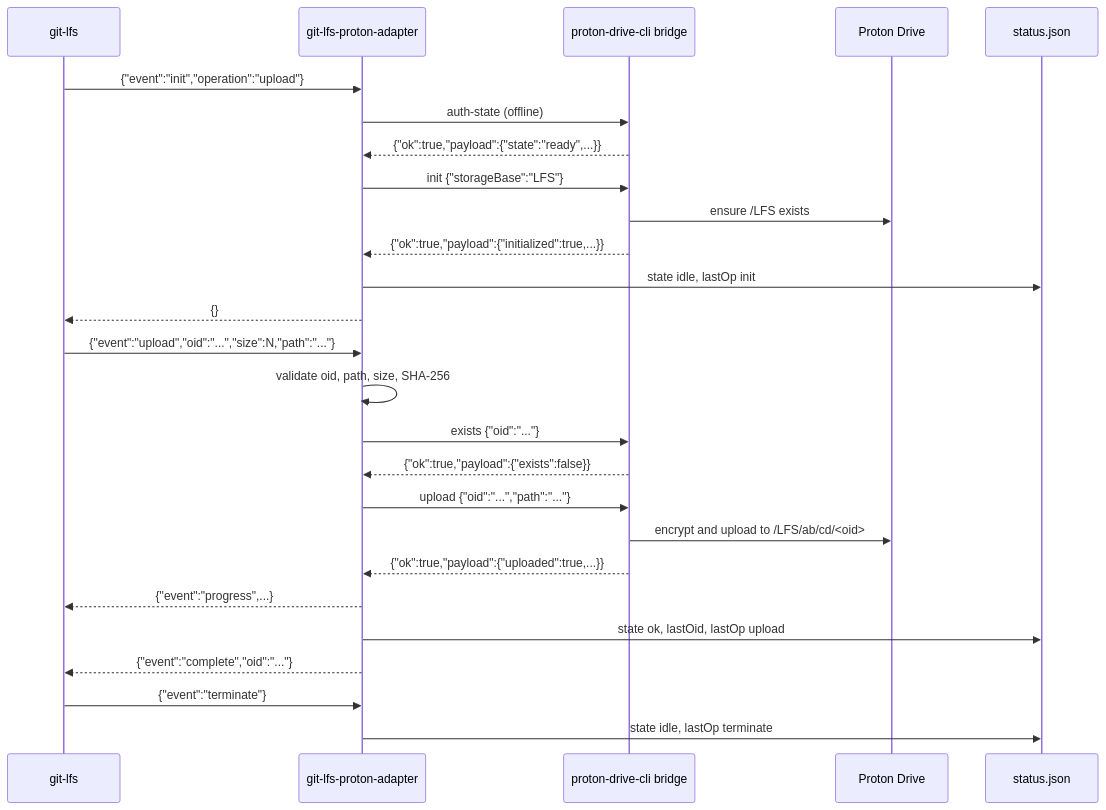
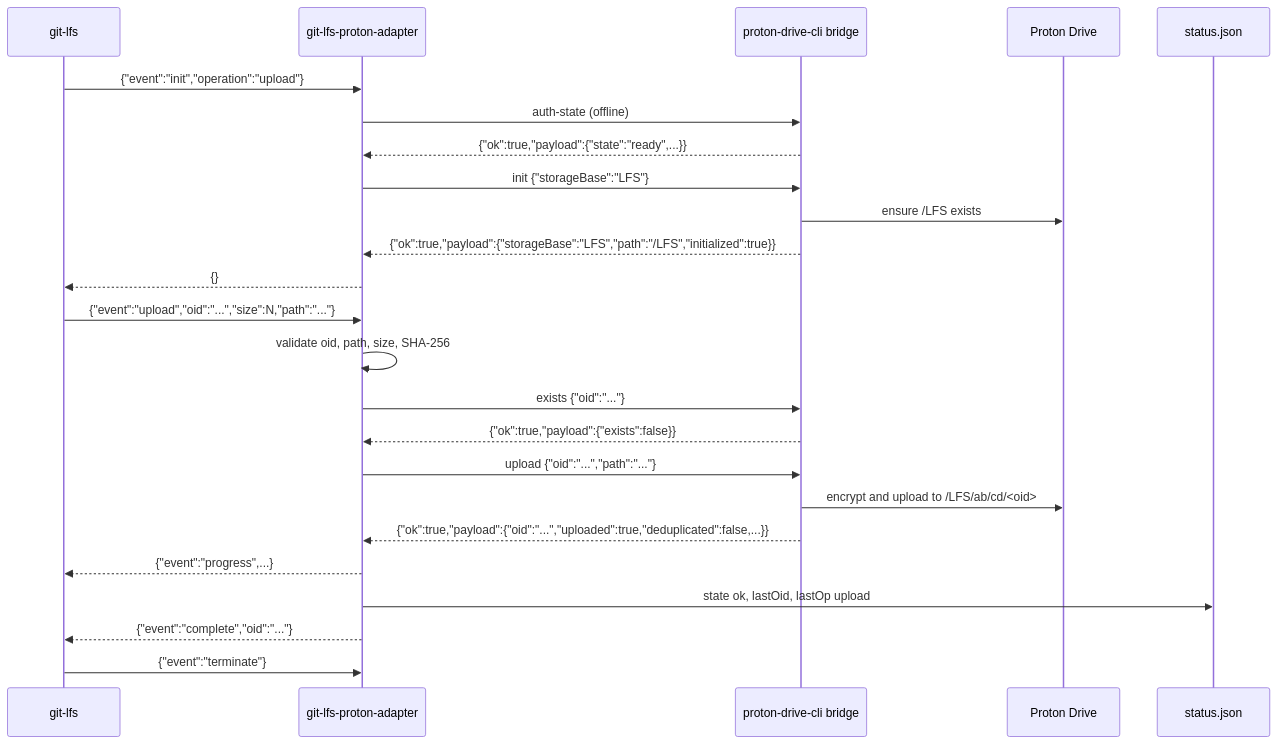
The second of 5 diagrams in docs/architecture/architecture.md (SevenOfNine-labs/proton-lfs-cli), drawn with Mermaid before and after one commit. The commit also changed other lines of this file and 107 other files, not shown here.

````diff
--- a/docs/architecture/architecture.md
+++ b/docs/architecture/architecture.md
@@ -84,31 +85,29 @@
 ```mermaid
 sequenceDiagram
     participant Git as git-lfs
     participant Adapter as git-lfs-proton-adapter
     participant Bridge as proton-drive-cli bridge
     participant Proton as Proton Drive
     participant Status as status.json
 
     Git->>Adapter: {"event":"init","operation":"upload"}
     Adapter->>Bridge: auth-state (offline)
     Bridge-->>Adapter: {"ok":true,"payload":{"state":"ready",...}}
     Adapter->>Bridge: init {"storageBase":"LFS"}
     Bridge->>Proton: ensure /LFS exists
-    Bridge-->>Adapter: {"ok":true,"payload":{"initialized":true,...}}
-    Adapter->>Status: state idle, lastOp init
+    Bridge-->>Adapter: {"ok":true,"payload":{"storageBase":"LFS","path":"/LFS","initialized":true}}
     Adapter-->>Git: {}
 
     Git->>Adapter: {"event":"upload","oid":"...","size":N,"path":"..."}
     Adapter->>Adapter: validate oid, path, size, SHA-256
     Adapter->>Bridge: exists {"oid":"..."}
     Bridge-->>Adapter: {"ok":true,"payload":{"exists":false}}
     Adapter->>Bridge: upload {"oid":"...","path":"..."}
     Bridge->>Proton: encrypt and upload to /LFS/ab/cd/<oid>
-    Bridge-->>Adapter: {"ok":true,"payload":{"uploaded":true,...}}
+    Bridge-->>Adapter: {"ok":true,"payload":{"oid":"...","uploaded":true,"deduplicated":false,...}}
     Adapter-->>Git: {"event":"progress",...}
     Adapter->>Status: state ok, lastOid, lastOp upload
     Adapter-->>Git: {"event":"complete","oid":"..."}
 
     Git->>Adapter: {"event":"terminate"}
-    Adapter->>Status: state idle, lastOp terminate
 ```
````
